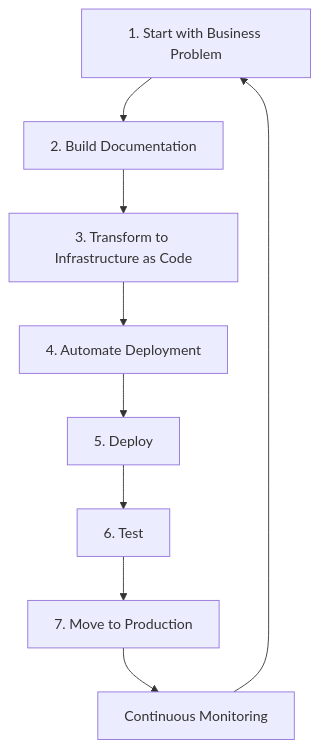
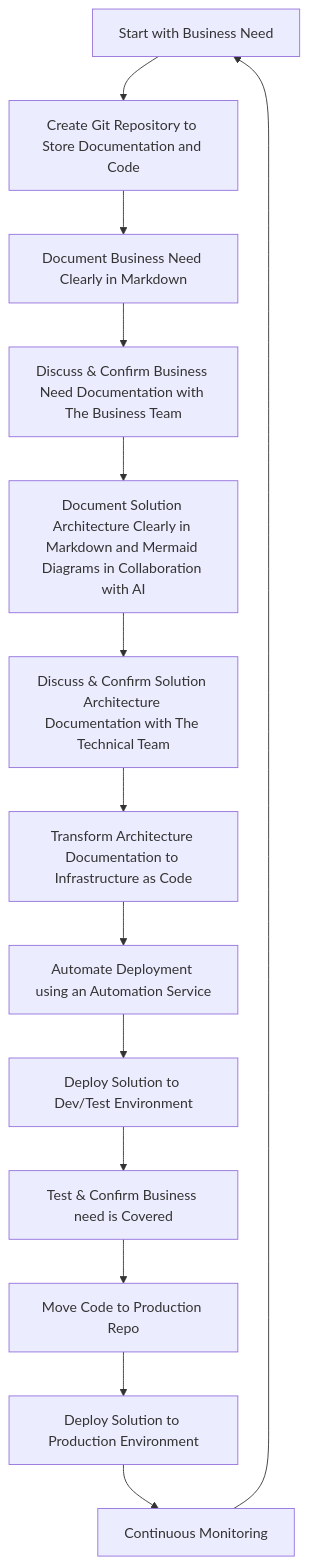
The diagram in README.md (samirgonzalez/framework), drawn with Mermaid before and after one commit. The commit also changed other lines of this file, not shown here.

Commit message:
Revise README.md: Update the AAA methodology section to clarify steps from business need to production deployment, and improve the license reference for better accessibility.

````diff
--- a/README.md
+++ b/README.md
@@ -52,11 +52,16 @@
 ```mermaid
 graph TD
-    A[1. Start with Business Problem] --> B[2. Build Documentation]
-    B --> C[3. Transform to Infrastructure as Code]
-    C --> D[4. Automate Deployment]
-    D --> E[5. Deploy]
-    E --> F[6. Test]
-    F --> G[7. Move to Production]
-    G --> H[Continuous Monitoring]
-    H --> A
+    A[Start with Business Need] --> B[Create Git Repository to Store Documentation and Code]
+    B --> C[Document Business Need Clearly in Markdown]
+    C --> D[Discuss & Confirm Business Need Documentation with The Business Team]
+    D --> E[Document Solution Architecture Clearly in Markdown and Mermaid Diagrams in Collaboration with AI]
+    E --> F[Discuss & Confirm Solution Architecture Documentation with The Technical Team]
+    F --> G[Transform Architecture Documentation to Infrastructure as Code]
+    G --> H[Automate Deployment using an Automation Service]
+    H --> I[Deploy Solution to Dev/Test Environment]
+    I --> J[Test & Confirm Business need is Covered]
+    J --> K[Move Code to Production Repo]
+    K --> L[Deploy Solution to Production Environment]
+    L --> M[Continuous Monitoring]
+    M --> A
 ```
````
